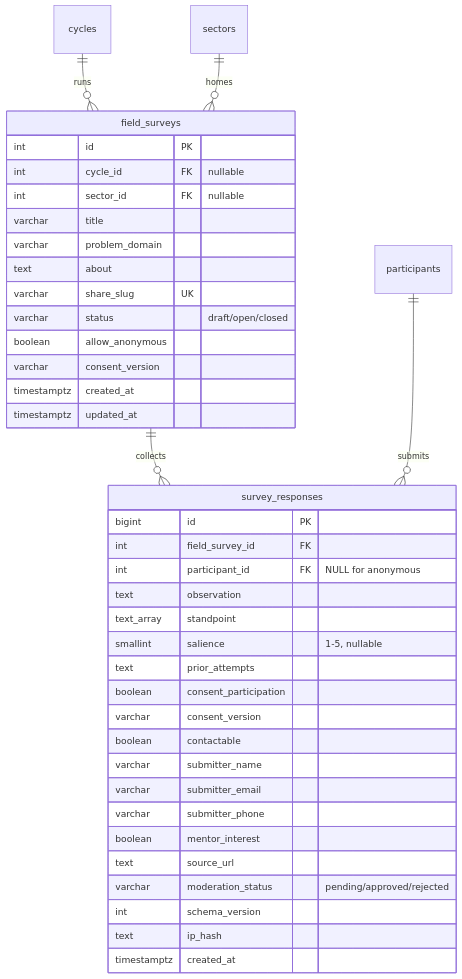
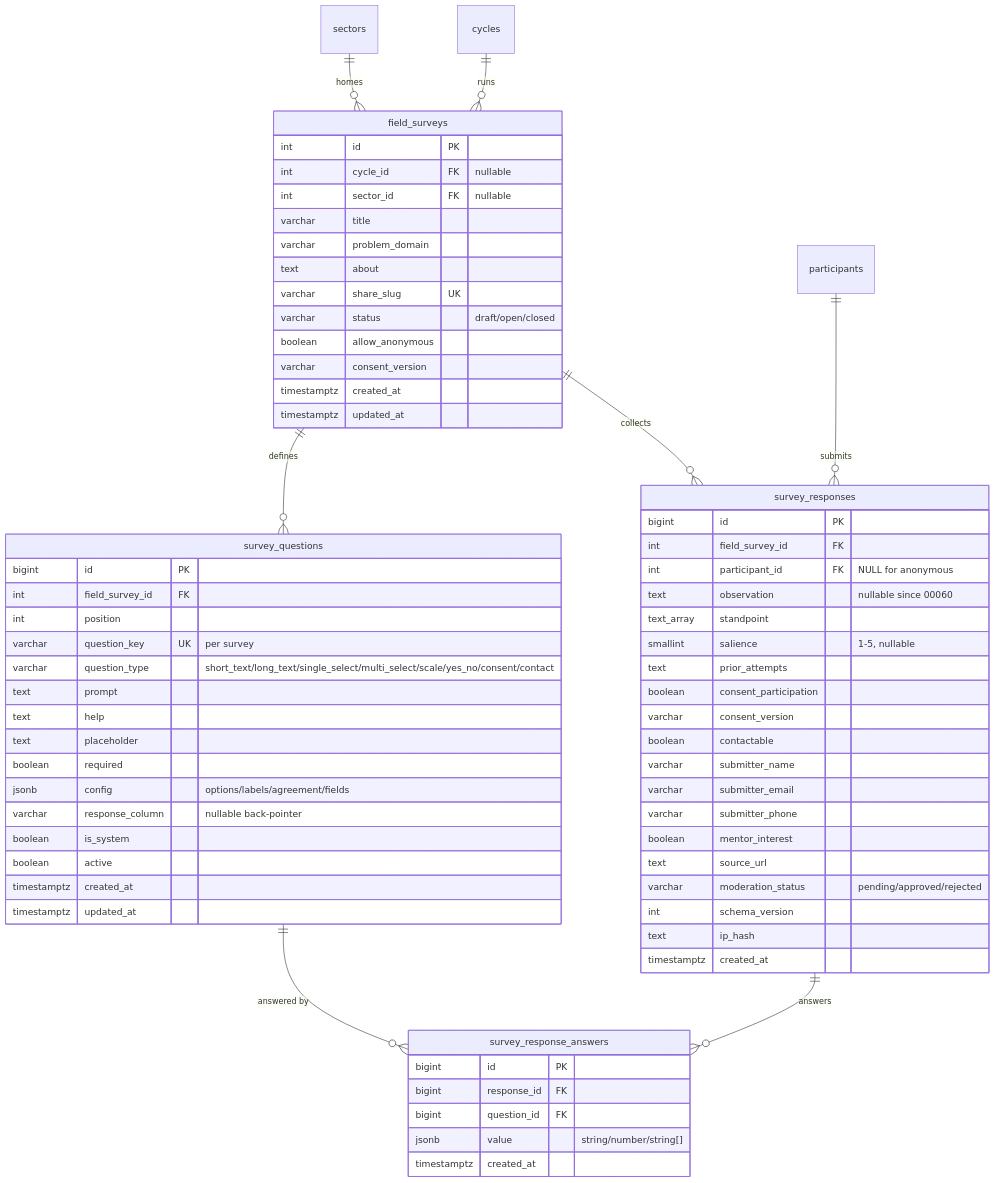
Before and after one commit to TheUpskillingLabs/OLOS: the eighth of 8 diagrams in SCHEMA.md, drawn with Mermaid. The commit also changed other lines of this file and 28 other files, not shown here.

First line of the commit message:
Add field survey to the cycle journey: first-CTA placement, results/CSV, admin builder

````diff
--- a/SCHEMA.md
+++ b/SCHEMA.md
@@ -554,44 +554,73 @@
 ```mermaid
 erDiagram
     field_surveys {
         int id PK
         int cycle_id FK "nullable"
         int sector_id FK "nullable"
         varchar title
         varchar problem_domain
         text about
         varchar share_slug UK
         varchar status "draft/open/closed"
         boolean allow_anonymous
         varchar consent_version
         timestamptz created_at
         timestamptz updated_at
     }
 
     survey_responses {
         bigint id PK
         int field_survey_id FK
         int participant_id FK "NULL for anonymous"
-        text observation
+        text observation "nullable since 00060"
         text_array standpoint
         smallint salience "1-5, nullable"
         text prior_attempts
         boolean consent_participation
         varchar consent_version
         boolean contactable
         varchar submitter_name
         varchar submitter_email
         varchar submitter_phone
         boolean mentor_interest
         text source_url
         varchar moderation_status "pending/approved/rejected"
         int schema_version
         text ip_hash
         timestamptz created_at
     }
 
+    survey_questions {
+        bigint id PK
+        int field_survey_id FK
+        int position
+        varchar question_key UK "per survey"
+        varchar question_type "short_text/long_text/single_select/multi_select/scale/yes_no/consent/contact"
+        text prompt
+        text help
+        text placeholder
+        boolean required
+        jsonb config "options/labels/agreement/fields"
+        varchar response_column "nullable back-pointer"
+        boolean is_system
+        boolean active
+        timestamptz created_at
+        timestamptz updated_at
+    }
+
+    survey_response_answers {
+        bigint id PK
+        bigint response_id FK
+        bigint question_id FK
+        jsonb value "string/number/string[]"
+        timestamptz created_at
+    }
+
     cycles ||--o{ field_surveys : "runs"
     sectors ||--o{ field_surveys : "homes"
     field_surveys ||--o{ survey_responses : "collects"
+    field_surveys ||--o{ survey_questions : "defines"
     participants ||--o{ survey_responses : "submits"
+    survey_responses ||--o{ survey_response_answers : "answers"
+    survey_questions ||--o{ survey_response_answers : "answered by"
 ```
````
